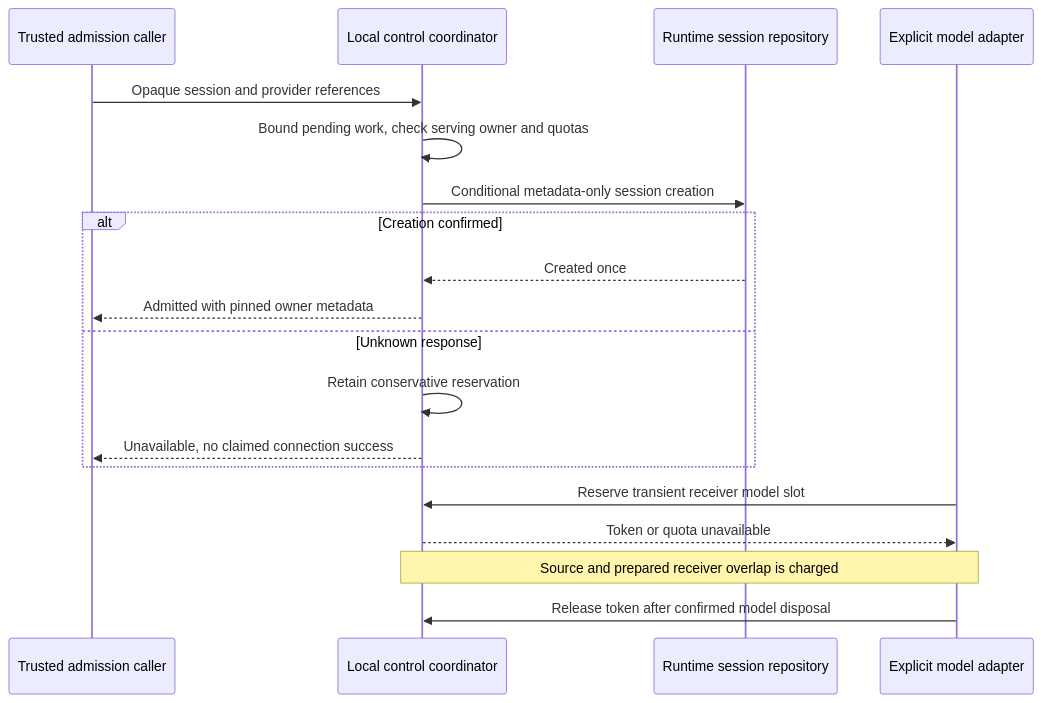
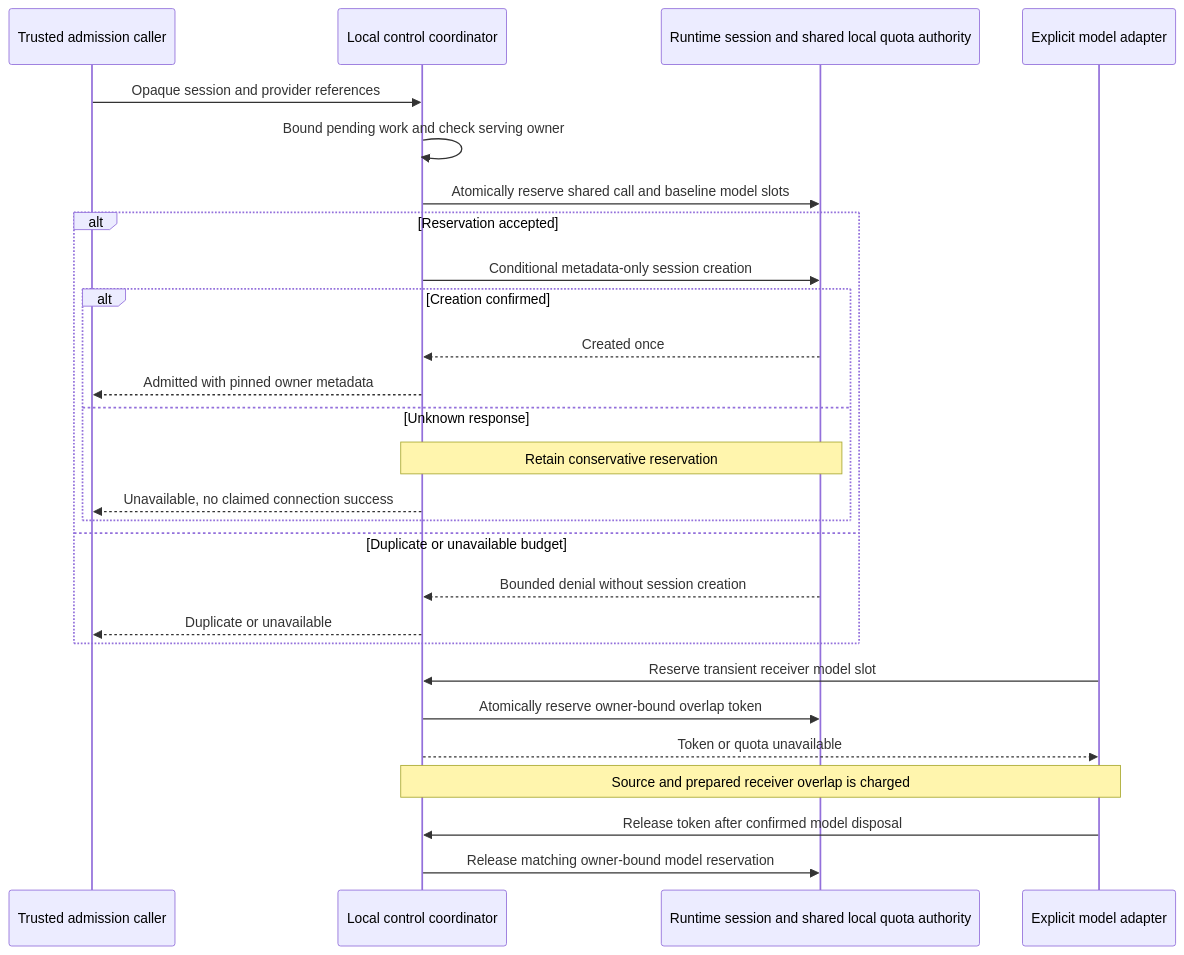
The first of 2 diagrams in code/docs/acceptance/us6.md (marvinbuss/caller-ai), drawn with Mermaid before and after one commit. The commit also changed other lines of this file and 5 other files, not shown here.

First line of the commit message:
Share local call and model reservation authority across controllers

````diff
--- a/code/docs/acceptance/us6.md
+++ b/code/docs/acceptance/us6.md
@@ -120,21 +153,29 @@
 ```mermaid
 sequenceDiagram
     participant Admission as Trusted admission caller
     participant Capacity as Local control coordinator
-    participant Store as Runtime session repository
+    participant Store as Runtime session and shared local quota authority
     participant Model as Explicit model adapter
     Admission->>Capacity: Opaque session and provider references
-    Capacity->>Capacity: Bound pending work, check serving owner and quotas
-    Capacity->>Store: Conditional metadata-only session creation
-    alt Creation confirmed
-        Store-->>Capacity: Created once
-        Capacity-->>Admission: Admitted with pinned owner metadata
-    else Unknown response
-        Capacity->>Capacity: Retain conservative reservation
-        Capacity-->>Admission: Unavailable, no claimed connection success
+    Capacity->>Capacity: Bound pending work and check serving owner
+    Capacity->>Store: Atomically reserve shared call and baseline model slots
+    alt Reservation accepted
+        Capacity->>Store: Conditional metadata-only session creation
+        alt Creation confirmed
+            Store-->>Capacity: Created once
+            Capacity-->>Admission: Admitted with pinned owner metadata
+        else Unknown response
+            Note over Capacity,Store: Retain conservative reservation
+            Capacity-->>Admission: Unavailable, no claimed connection success
+        end
+    else Duplicate or unavailable budget
+        Store-->>Capacity: Bounded denial without session creation
+        Capacity-->>Admission: Duplicate or unavailable
     end
     Model->>Capacity: Reserve transient receiver model slot
+    Capacity->>Store: Atomically reserve owner-bound overlap token
     Capacity-->>Model: Token or quota unavailable
     Note over Capacity,Model: Source and prepared receiver overlap is charged
     Model->>Capacity: Release token after confirmed model disposal
+    Capacity->>Store: Release matching owner-bound model reservation
 ```
````
